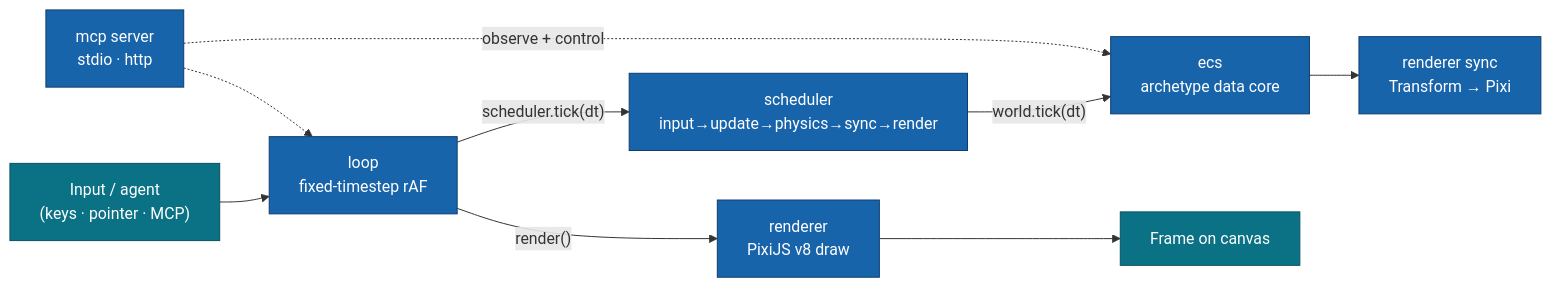
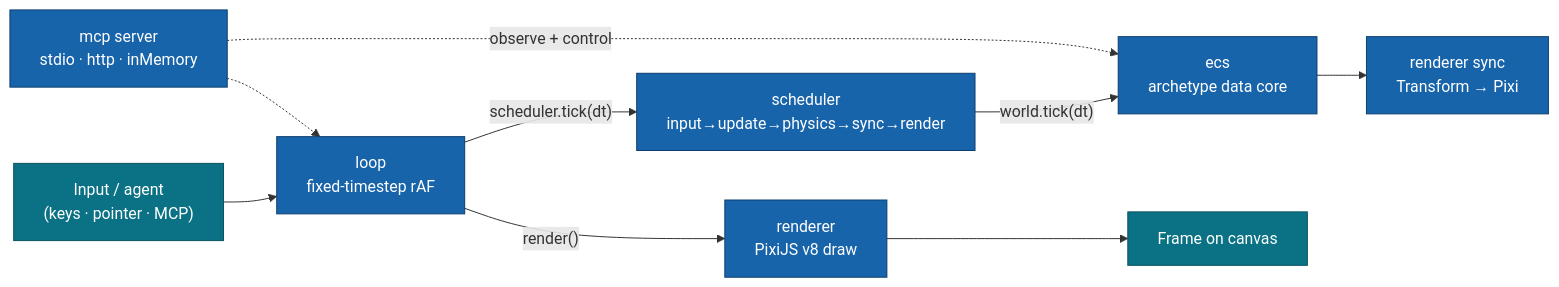
Before and after one commit to NoSafeSky/moku-game: the diagram in README.md, drawn with Mermaid. The commit also changed other lines of this file and 4 other files, not shown here.

````diff
--- a/README.md
+++ b/README.md
@@ -82,15 +83,15 @@
 ```mermaid
 flowchart LR
   IN["Input / agent<br/>(keys · pointer · MCP)"] --> LOOP["loop<br/>fixed-timestep rAF"]
   LOOP -->|"scheduler.tick(dt)"| SCH["scheduler<br/>input→update→physics→sync→render"]
   SCH -->|"world.tick(dt)"| ECS["ecs<br/>archetype data core"]
   ECS --> SYNC["renderer sync<br/>Transform → Pixi"]
   LOOP -->|"render()"| REND["renderer<br/>PixiJS v8 draw"]
   REND --> OUT["Frame on canvas"]
-  MCP["mcp server<br/>stdio · http"] -.->|observe + control| ECS
+  MCP["mcp server<br/>stdio · http · inMemory"] -.->|observe + control| ECS
   MCP -.-> LOOP
   classDef u fill:#0b7285,stroke:#08525f,color:#fff;
   classDef m fill:#1864ab,stroke:#0d3d6e,color:#fff;
   class IN,OUT u
   class LOOP,SCH,ECS,SYNC,REND,MCP m
 ```
````
